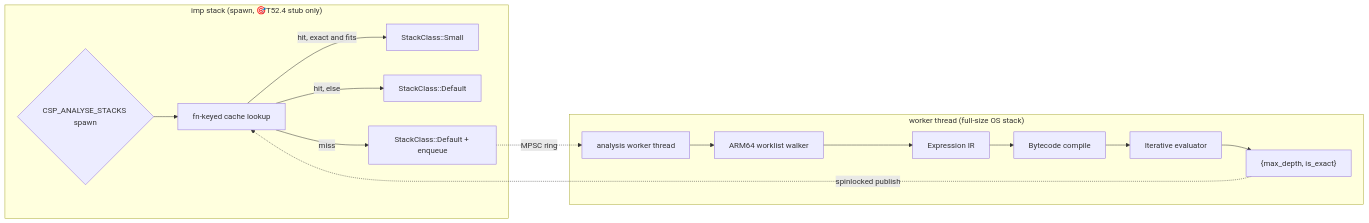
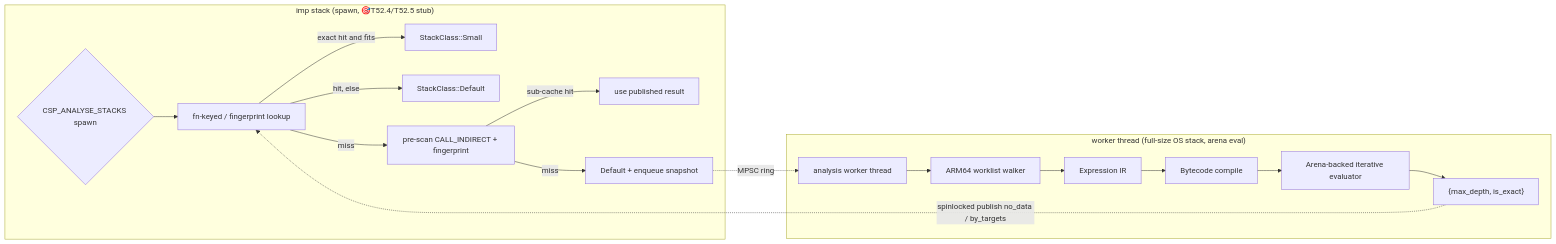
One commit to marcelocantos/csp changed the diagram in docs/reference/stack-analysis.md. Above: the diagram before and after it, drawn with Mermaid. The commit also changed other lines of this file and 24 other files, not shown here.

Commit message:
Concrete spawn analysis, data-path pre-scan, fan-in helper (#114)

````diff
--- a/docs/reference/stack-analysis.md
+++ b/docs/reference/stack-analysis.md
@@ -125,18 +128,20 @@
 ```mermaid
 flowchart LR
-  subgraph imp["imp stack (spawn, 🎯T52.4 stub only)"]
-    G{CSP_ANALYSE_STACKS spawn} --> L[fn-keyed cache lookup]
-    L -->|hit, exact and fits| H[StackClass::Small]
+  subgraph imp["imp stack (spawn, 🎯T52.4/T52.5 stub)"]
+    G{CSP_ANALYSE_STACKS spawn} --> L[fn-keyed / fingerprint lookup]
+    L -->|exact hit and fits| H[StackClass::Small]
     L -->|hit, else| I[StackClass::Default]
-    L -->|miss| I2[StackClass::Default + enqueue]
+    L -->|miss| P[pre-scan CALL_INDIRECT + fingerprint]
+    P -->|sub-cache hit| H2[use published result]
+    P -->|miss| I2[Default + enqueue snapshot]
   end
   I2 -.->|MPSC ring| W[analysis worker thread]
-  subgraph worker["worker thread (full-size OS stack)"]
+  subgraph worker["worker thread (full-size OS stack, arena eval)"]
     W --> B[ARM64 worklist walker]
     B --> C[Expression IR]
     C --> D[Bytecode compile]
-    D --> E[Iterative evaluator]
+    D --> E[Arena-backed iterative evaluator]
     E --> F["{max_depth, is_exact}"]
   end
-  F -.->|spinlocked publish| L
+  F -.->|spinlocked publish no_data / by_targets| L
 ```
````
